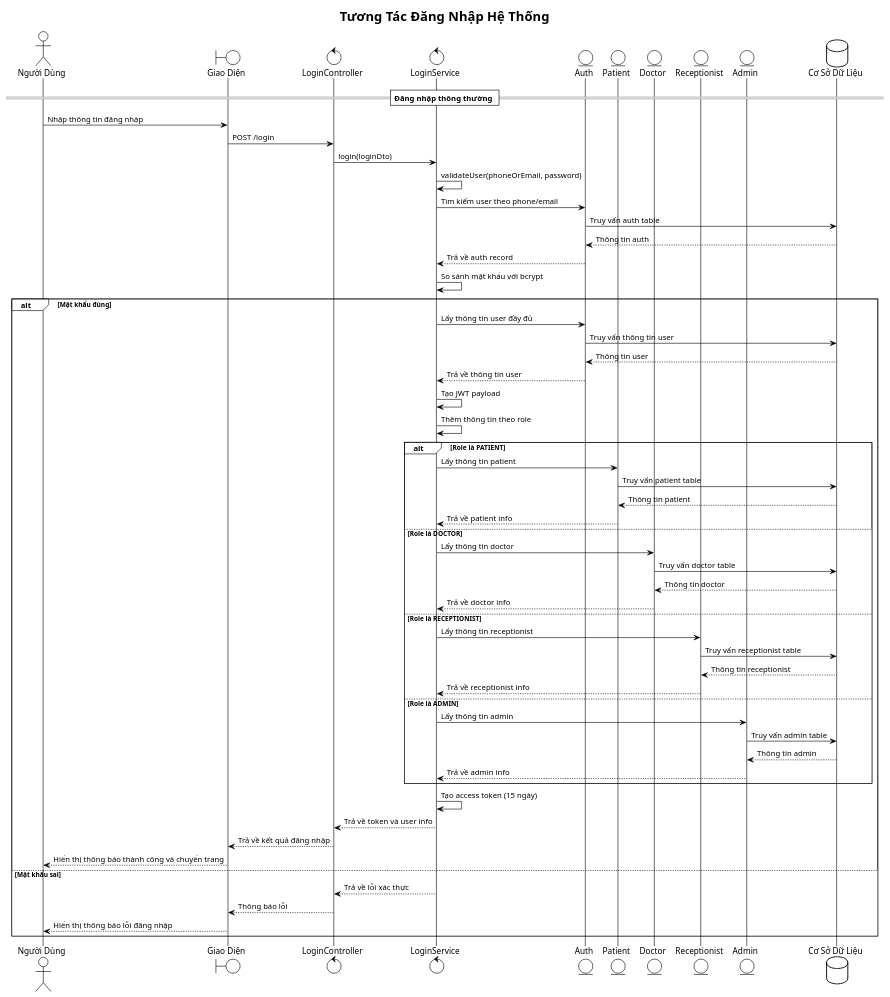
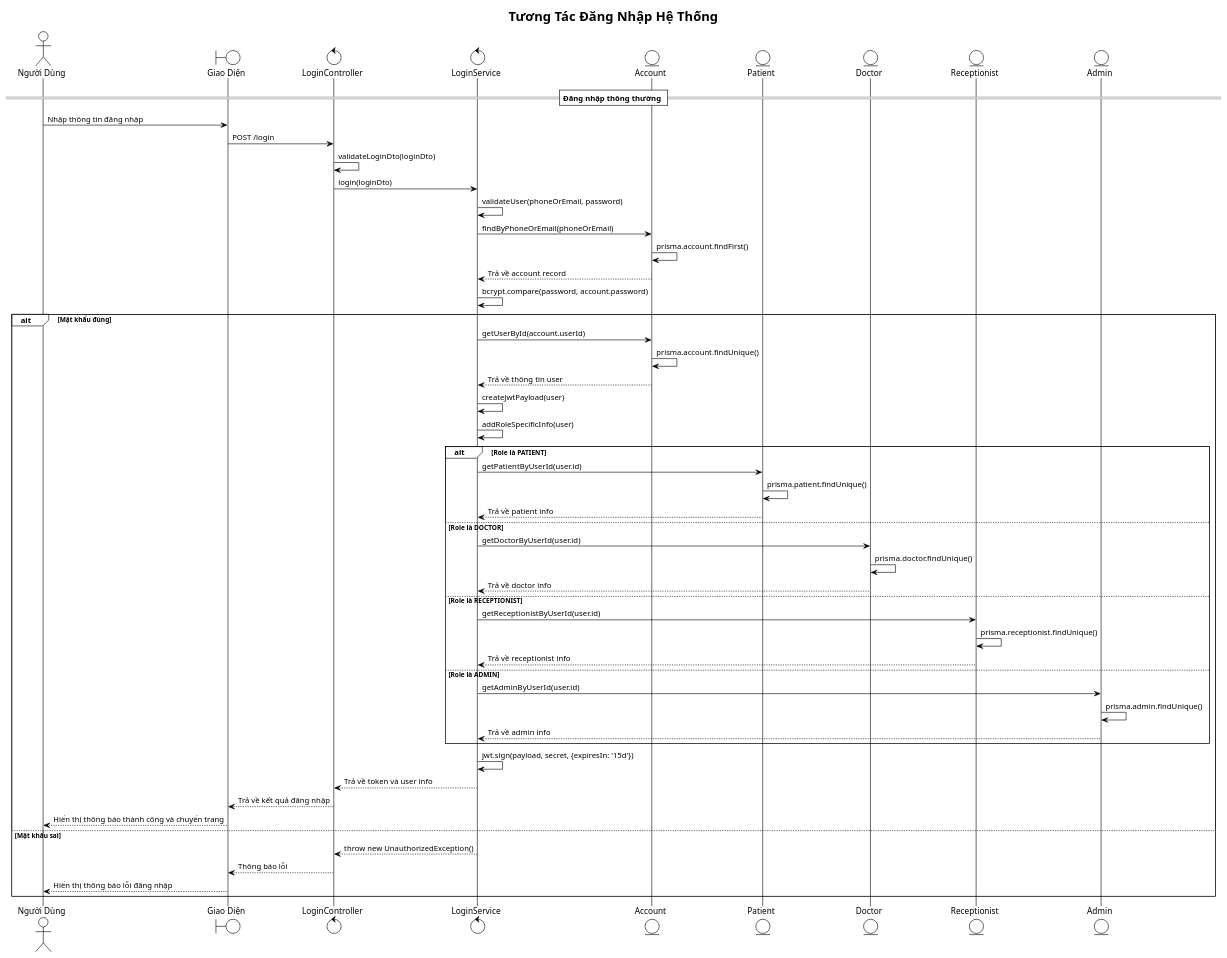
One commit to iamKhang/revita-be changed the diagram in docs/login-sequence.puml. Above: the diagram before and after it, drawn with PlantUML. The commit also changed 7 other files, not shown here.

Commit message:
Update sequence

```diff
--- a/docs/login-sequence.puml
+++ b/docs/login-sequence.puml
@@ -1,75 +1,69 @@
 @startuml Login Sequence Diagram
 !theme plain
 title Tương Tác Đăng Nhập Hệ Thống
 
 actor "Người Dùng" as U
 boundary "Giao Diện" as F
 control "LoginController" as C
 control "LoginService" as L
-entity "Auth" as A
+entity "Account" as A
 entity "Patient" as P
 entity "Doctor" as D
 entity "Receptionist" as R
 entity "Admin" as AD
-database "Cơ Sở Dữ Liệu" as DB
 
 == Đăng nhập thông thường ==
 
 U -> F: Nhập thông tin đăng nhập
 F -> C: POST /login
+C -> C: validateLoginDto(loginDto)
 C -> L: login(loginDto)
 L -> L: validateUser(phoneOrEmail, password)
-L -> A: Tìm kiếm user theo phone/email
-A -> DB: Truy vấn auth table
-DB --> A: Thông tin auth
-A --> L: Trả về auth record
+L -> A: findByPhoneOrEmail(phoneOrEmail)
+A -> A: prisma.account.findFirst()
+A --> L: Trả về account record
 
-L -> L: So sánh mật khẩu với bcrypt
+L -> L: bcrypt.compare(password, account.password)
 alt Mật khẩu đúng
-  L -> A: Lấy thông tin user đầy đủ
-  A -> DB: Truy vấn thông tin user
-  DB --> A: Thông tin user
+  L -> A: getUserById(account.userId)
+  A -> A: prisma.account.findUnique()
   A --> L: Trả về thông tin user
   
-  L -> L: Tạo JWT payload
-  L -> L: Thêm thông tin theo role
+  L -> L: createJwtPayload(user)
+  L -> L: addRoleSpecificInfo(user)
   
   alt Role là PATIENT
-    L -> P: Lấy thông tin patient
-    P -> DB: Truy vấn patient table
-    DB --> P: Thông tin patient
+    L -> P: getPatientByUserId(user.id)
+    P -> P: prisma.patient.findUnique()
     P --> L: Trả về patient info
     
   else Role là DOCTOR
-    L -> D: Lấy thông tin doctor
-    D -> DB: Truy vấn doctor table
-    DB --> D: Thông tin doctor
+    L -> D: getDoctorByUserId(user.id)
+    D -> D: prisma.doctor.findUnique()
     D --> L: Trả về doctor info
     
   else Role là RECEPTIONIST
-    L -> R: Lấy thông tin receptionist
-    R -> DB: Truy vấn receptionist table
-    DB --> R: Thông tin receptionist
+    L -> R: getReceptionistByUserId(user.id)
+    R -> R: prisma.receptionist.findUnique()
     R --> L: Trả về receptionist info
     
   else Role là ADMIN
-    L -> AD: Lấy thông tin admin
-    AD -> DB: Truy vấn admin table
-    DB --> AD: Thông tin admin
+    L -> AD: getAdminByUserId(user.id)
+    AD -> AD: prisma.admin.findUnique()
     AD --> L: Trả về admin info
   end
   
-  L -> L: Tạo access token (15 ngày)
+  L -> L: jwt.sign(payload, secret, {expiresIn: '15d'})
   L --> C: Trả về token và user info
   C --> F: Trả về kết quả đăng nhập
   F --> U: Hiển thị thông báo thành công và chuyển trang
   
 else Mật khẩu sai
-  L --> C: Trả về lỗi xác thực
+  L --> C: throw new UnauthorizedException()
   C --> F: Thông báo lỗi
   F --> U: Hiển thị thông báo lỗi đăng nhập
 end
 
 
 
 @enduml
```
